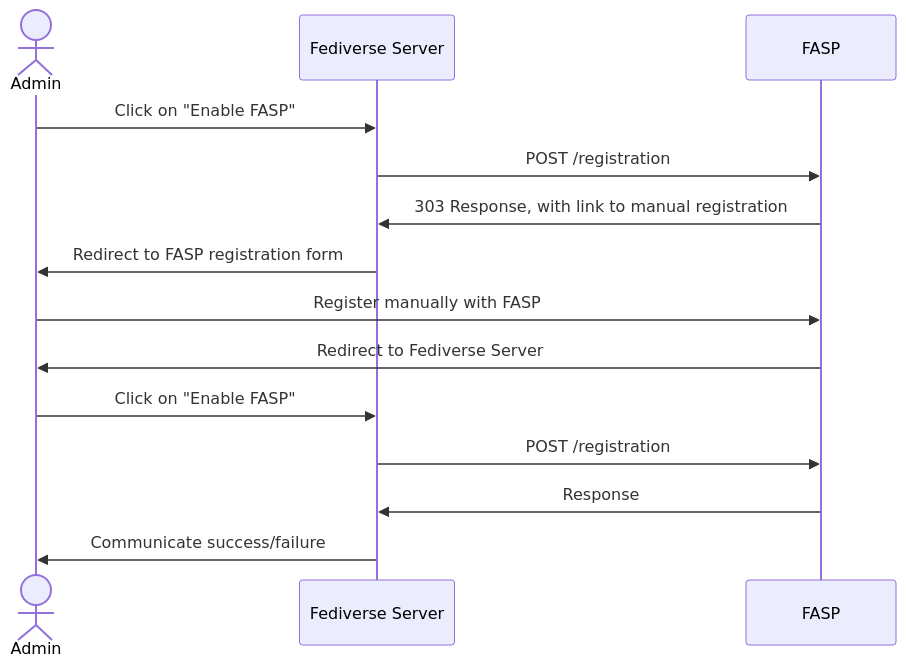
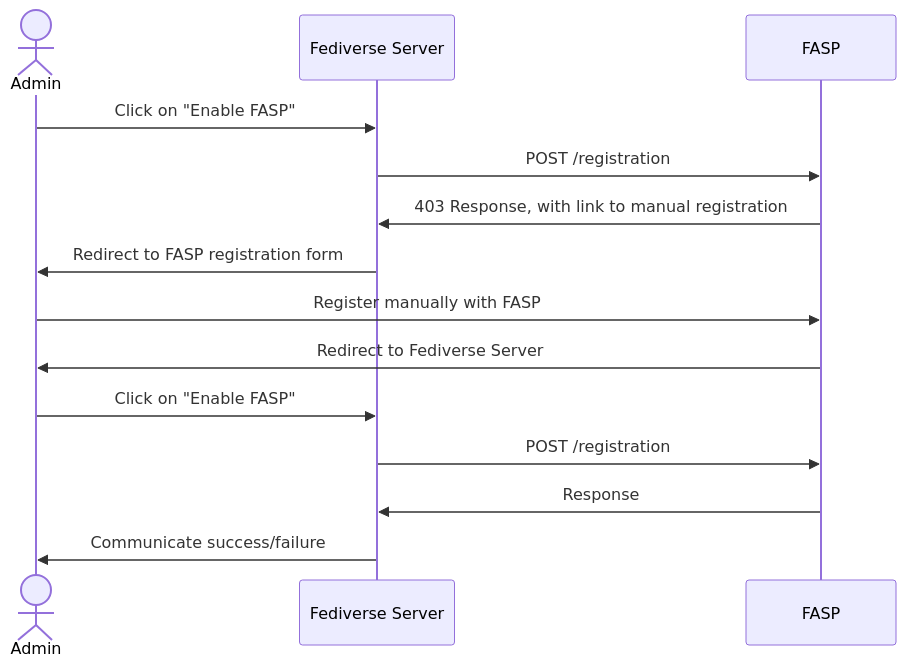
The third of 4 diagrams in general/v0.1/registration.md (mastodon/fediverse_auxiliary_service_provider_specifications), drawn with Mermaid before and after one commit. The commit also changed other lines of this file and 1 other file, not shown here.

````diff
--- a/general/v0.1/registration.md
+++ b/general/v0.1/registration.md
@@ -89,16 +89,16 @@
 ```mermaid
 sequenceDiagram
     actor Admin
     participant Fedi as Fediverse Server
     participant FASP
     Admin->>Fedi: Click on "Enable FASP"
     Fedi->>FASP: POST /registration
-    FASP->>Fedi: 303 Response, with link to manual registration
+    FASP->>Fedi: 403 Response, with link to manual registration
     Fedi->>Admin: Redirect to FASP registration form
     Admin->>FASP: Register manually with FASP
     FASP->>Admin: Redirect to Fediverse Server
     Admin->>Fedi: Click on "Enable FASP"
     Fedi->>FASP: POST /registration
     FASP->>Fedi: Response
     Fedi->>Admin: Communicate success/failure
 ```
````
